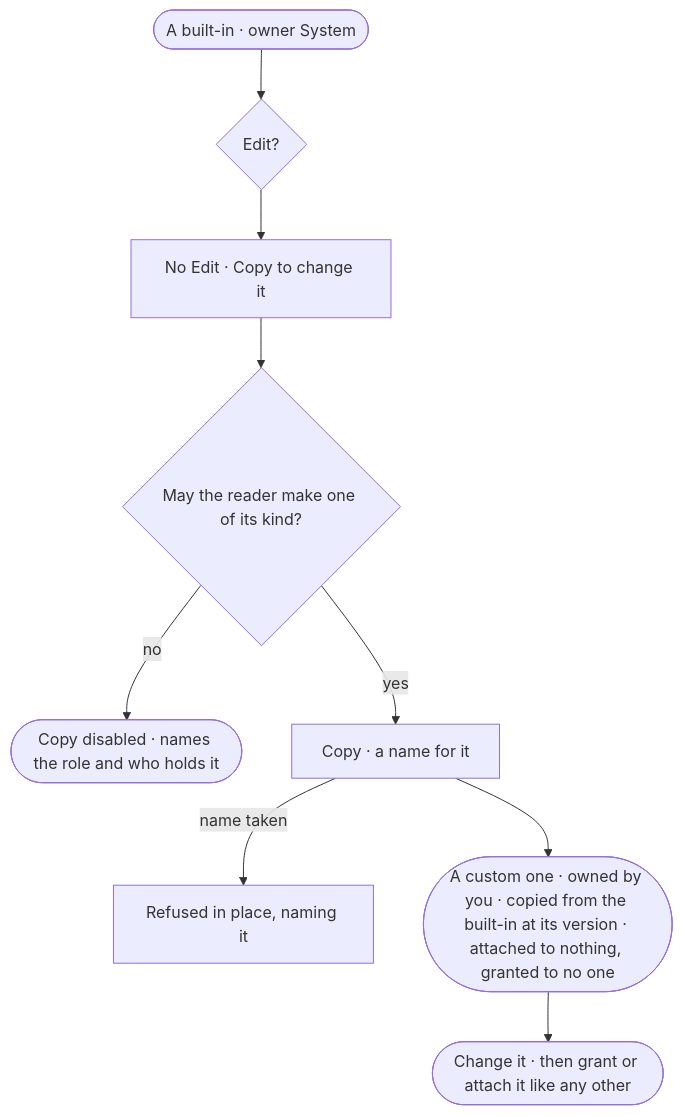
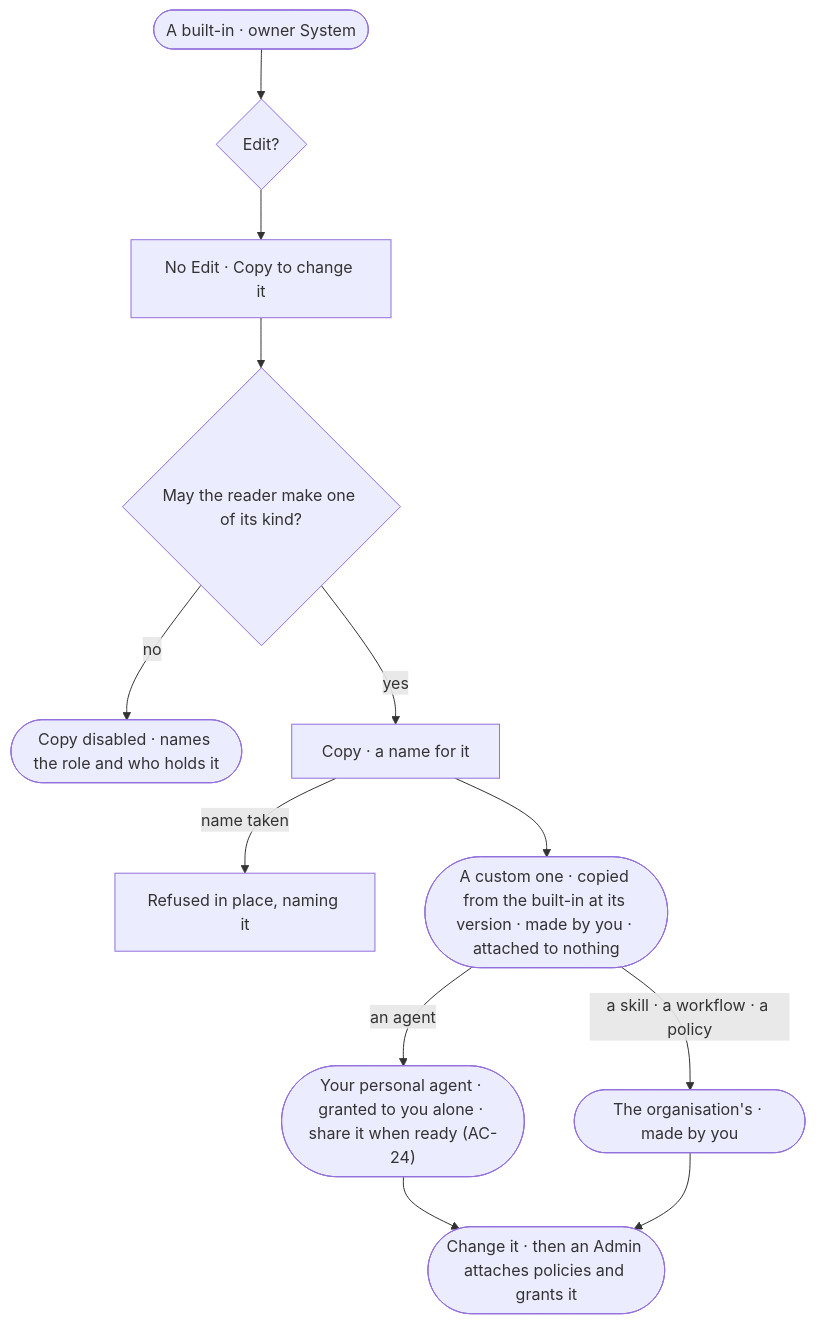
Before and after one commit to invana/invana: the diagram in specs/os/access/features/AC-F07-ownership/stories/AC-25-copy-a-built-in-to-change-it/story.md, drawn with Mermaid. The commit also changed other lines of this file and 300 other files, not shown here.

````diff
--- a/specs/os/access/features/AC-F07-ownership/stories/AC-25-copy-a-built-in-to-change-it/story.md
+++ b/specs/os/access/features/AC-F07-ownership/stories/AC-25-copy-a-built-in-to-change-it/story.md
@@ -26,11 +26,14 @@
 ```mermaid
 flowchart TD
   b([A built-in · owner System]) --> e{"Edit?"}
   e --> ne["No Edit · Copy to change it"]
   ne --> c{"May the reader make one of its kind?"}
   c -->|no| na(["Copy disabled · names the role and who holds it"])
   c -->|yes| cp["Copy · a name for it"]
   cp -->|name taken| nt["Refused in place, naming it"]
-  cp --> mine(["A custom one · owned by you · copied from the built-in at its version · attached to nothing, granted to no one"])
-  mine --> next(["Change it · then grant or attach it like any other"])
+  cp --> mine(["A custom one · copied from the built-in at its version · made by you · attached to nothing"])
+  mine -->|an agent| pers(["Your personal agent · granted to you alone · share it when ready (AC-24)"])
+  mine -->|a skill · a workflow · a policy| orgc(["The organisation's · made by you"])
+  pers --> next(["Change it · then an Admin attaches policies and grants it"])
+  orgc --> next
 ```
````
